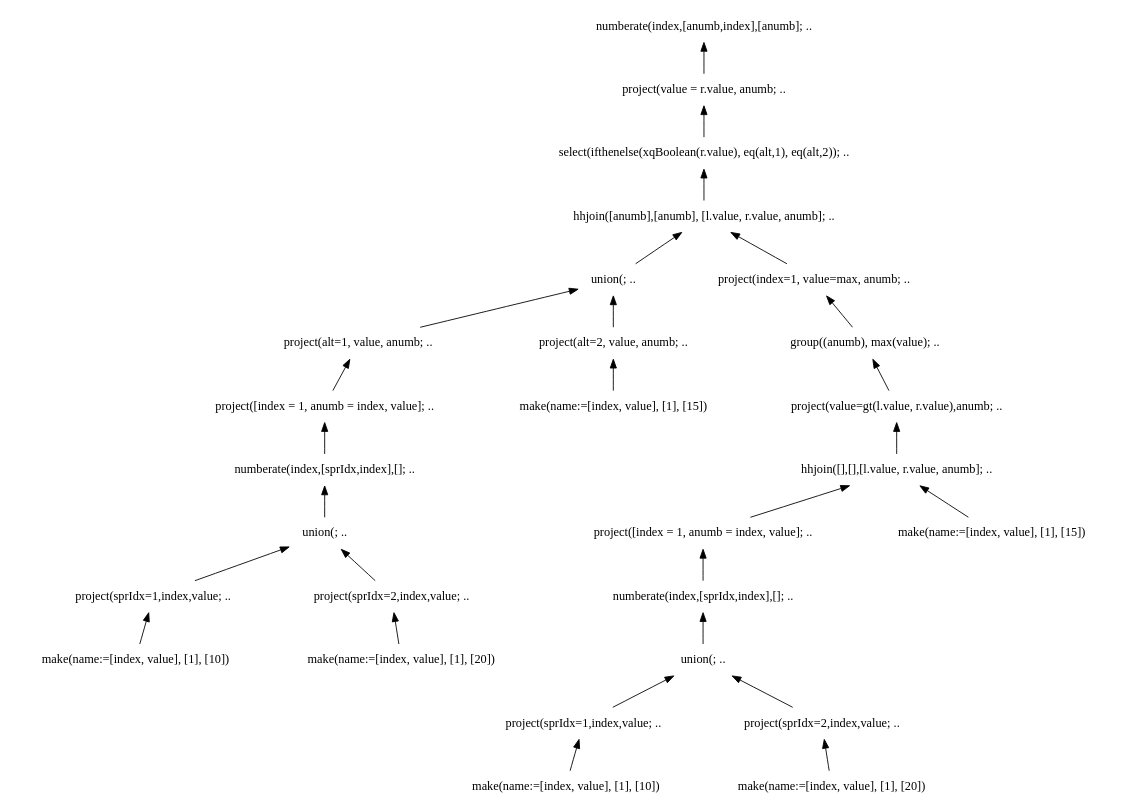
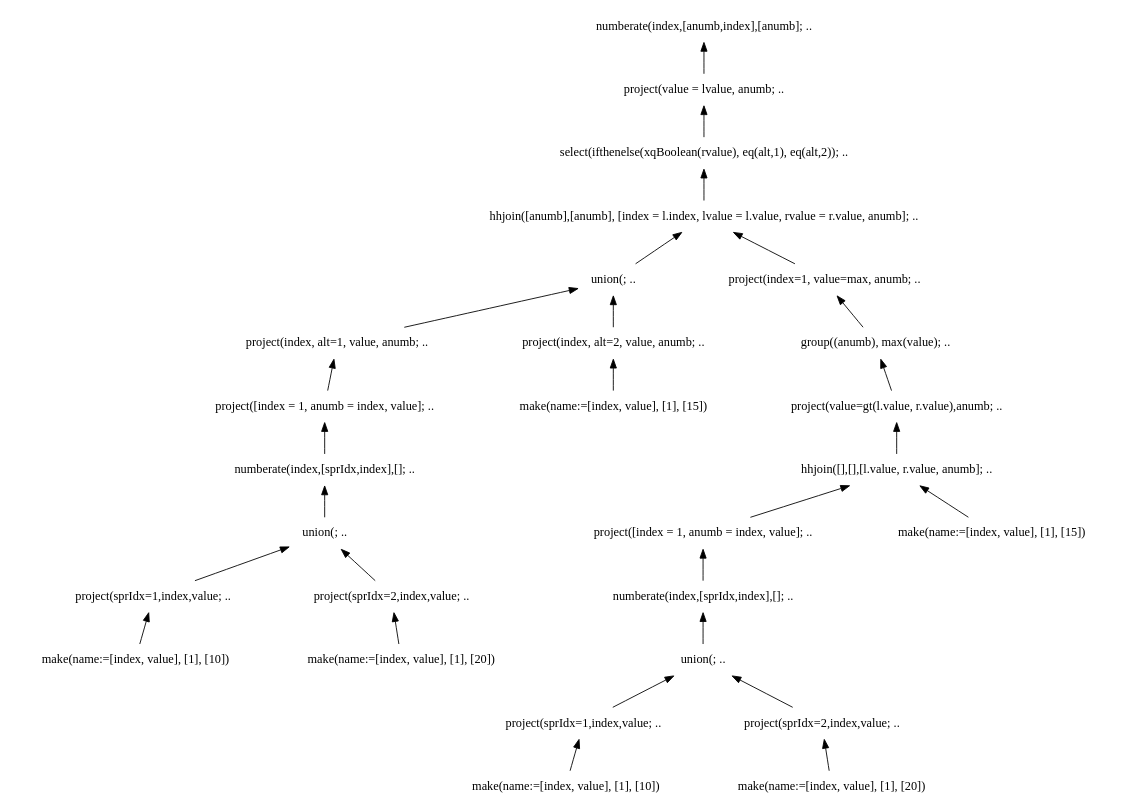
One commit to andrerav/xqft-parser changed the diagram in doc/img/graphs/td_impl_flwor_ifthenelse.xq_relalg.dot. Above: the diagram before and after it, drawn with Graphviz. The commit also changed 2 other files, not shown here.

```diff
--- a/doc/img/graphs/td_impl_flwor_ifthenelse.xq_relalg.dot
+++ b/doc/img/graphs/td_impl_flwor_ifthenelse.xq_relalg.dot
@@ -1,58 +1,58 @@
 digraph AST {
 edge [color=black, dir=both, weight=1, fontcolor=black, arrowhead=none, arrowtail=normal]
 node [shape=plaintext]
   numberate1 -> project2
     project2 -> select3
       select3 -> hhjoin4
         hhjoin4 -> union5
           union5 -> project6
             project6 -> project7
               project7 -> numberate8
                 numberate8 -> union9
                   union9 -> project10
                     project10 -> make11
 make11 [label="make(name:=[index, value], [1], [10])"]
 project10 [label="project(sprIdx=1,index,value; .."]
                     union9 -> project12
                       project12 -> make13
 make13 [label="make(name:=[index, value], [1], [20])"]
 project12 [label="project(sprIdx=2,index,value; .."]
 union9 [label="union(; .."]
 numberate8 [label="numberate(index,[sprIdx,index],[]; .."]
 project7 [label="project([index = 1, anumb = index, value]; .."]
-project6 [label="project(alt=1, value, anumb; .."]
+project6 [label="project(index, alt=1, value, anumb; .."]
             union5 -> project14
               project14 -> make15
 make15 [label="make(name:=[index, value], [1], [15])"]
-project14 [label="project(alt=2, value, anumb; .."]
+project14 [label="project(index, alt=2, value, anumb; .."]
 union5 [label="union(; .."]
           hhjoin4 -> project16
             project16 -> group17
               group17 -> project18
                 project18 -> hhjoin19
                   hhjoin19 -> project20
                     project20 -> numberate21
                       numberate21 -> union22
                         union22 -> project23
                           project23 -> make24
 make24 [label="make(name:=[index, value], [1], [10])"]
 project23 [label="project(sprIdx=1,index,value; .."]
                           union22 -> project25
                             project25 -> make26
 make26 [label="make(name:=[index, value], [1], [20])"]
 project25 [label="project(sprIdx=2,index,value; .."]
 union22 [label="union(; .."]
 numberate21 [label="numberate(index,[sprIdx,index],[]; .."]
 project20 [label="project([index = 1, anumb = index, value]; .."]
                     hhjoin19 -> make27
 make27 [label="make(name:=[index, value], [1], [15])"]
 hhjoin19 [label="hhjoin([],[],[l.value, r.value, anumb]; .."]
 project18 [label="project(value=gt(l.value, r.value),anumb; .."]
 group17 [label="group((anumb), max(value); .."]
 project16 [label="project(index=1, value=max, anumb; .."]
-hhjoin4 [label="hhjoin([anumb],[anumb], [l.value, r.value, anumb]; .."]
-select3 [label="select(ifthenelse(xqBoolean(r.value), eq(alt,1), eq(alt,2)); .."]
-project2 [label="project(value = r.value, anumb; .."]
+hhjoin4 [label="hhjoin([anumb],[anumb], [index = l.index, lvalue = l.value, rvalue = r.value, anumb]; .."]
+select3 [label="select(ifthenelse(xqBoolean(rvalue), eq(alt,1), eq(alt,2)); .."]
+project2 [label="project(value = lvalue, anumb; .."]
 numberate1 [label="numberate(index,[anumb,index],[anumb]; .."]
 
 }
```
